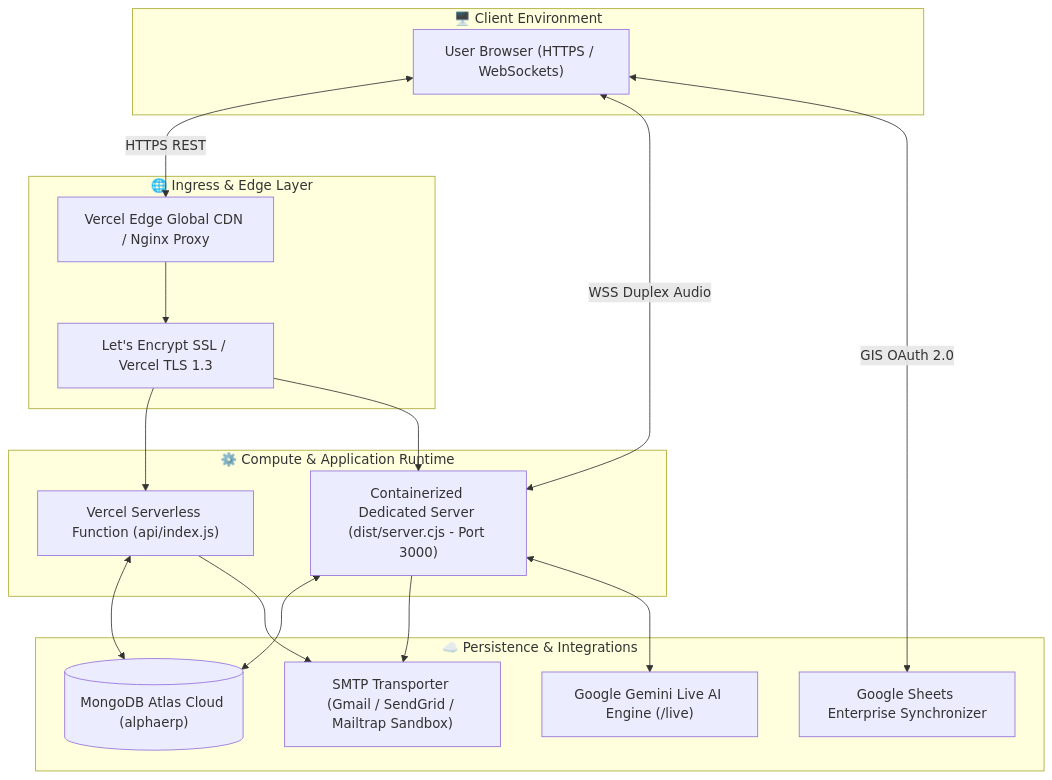
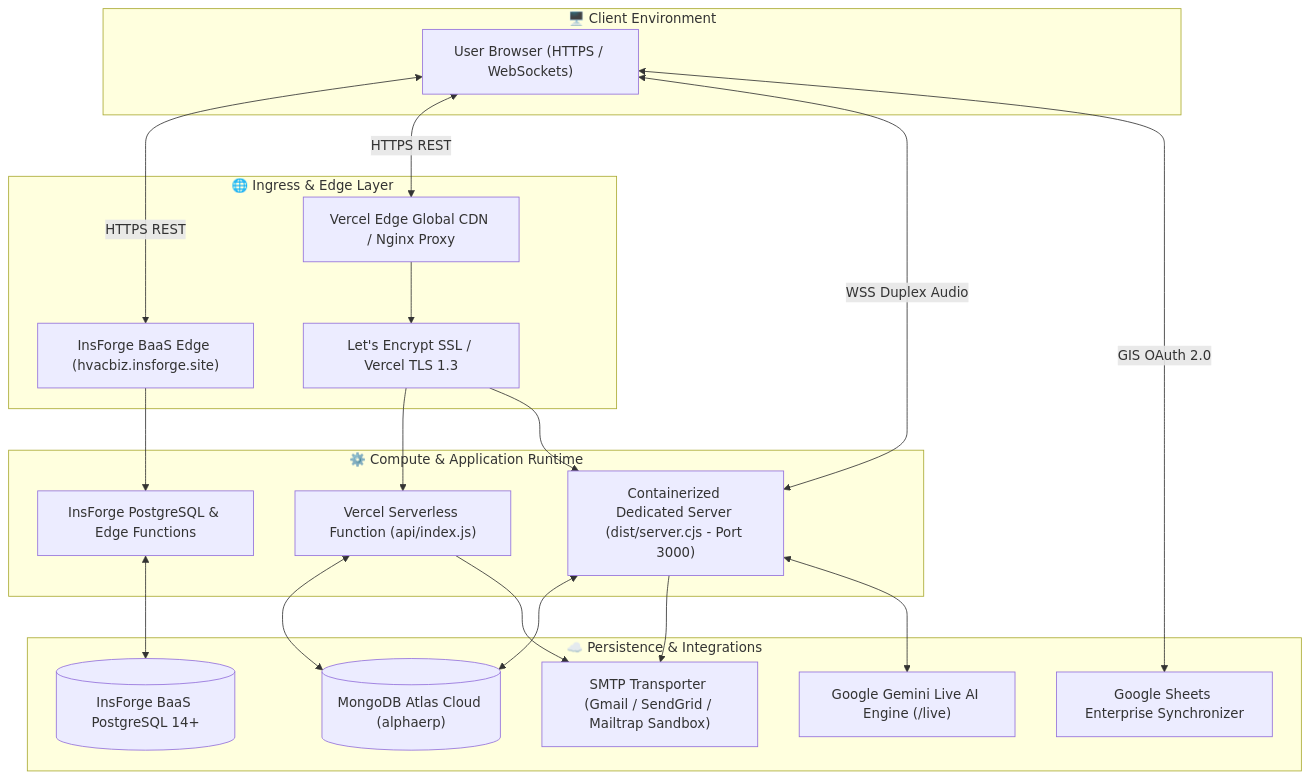
One commit to shivenkg/AlphaERP-V1 changed the first of 2 diagrams in IMPLEMENTATION_GUIDE.md. Above: the diagram before and after it, drawn with Mermaid. The commit also changed other lines of this file and 23 other files, not shown here.

````diff
--- a/IMPLEMENTATION_GUIDE.md
+++ b/IMPLEMENTATION_GUIDE.md
@@ -12,35 +14,41 @@
 ```mermaid
 flowchart TD
     subgraph ClientEnv["🖥️ Client Environment"]
         Browser["User Browser (HTTPS / WebSockets)"]
     end
 
     subgraph IngressGateway["🌐 Ingress & Edge Layer"]
+        InsForgeEdge["InsForge BaaS Edge (hvacbiz.insforge.site)"]
         CDN["Vercel Edge Global CDN / Nginx Proxy"]
         SSL["Let's Encrypt SSL / Vercel TLS 1.3"]
         CDN --> SSL
     end
 
     subgraph ComputeLayer["⚙️ Compute & Application Runtime"]
+        InsForgeBaaS["InsForge PostgreSQL & Edge Functions"]
         Serverless["Vercel Serverless Function (api/index.js)"]
         Container["Containerized Dedicated Server (dist/server.cjs - Port 3000)"]
     end
 
     subgraph PersistenceCloud["☁️ Persistence & Integrations"]
+        InsForgeDB[("InsForge BaaS PostgreSQL 14+")]
         MongoDB[("MongoDB Atlas Cloud (alphaerp)")]
         GoogleSheets["Google Sheets Enterprise Synchronizer"]
         SMTP["SMTP Transporter (Gmail / SendGrid / Mailtrap Sandbox)"]
         GeminiLive["Google Gemini Live AI Engine (/live)"]
     end
 
+    Browser <-->|HTTPS REST| InsForgeEdge
     Browser <-->|HTTPS REST| CDN
     Browser <-->|WSS Duplex Audio| Container
+    InsForgeEdge --> InsForgeBaaS
     SSL --> Serverless
     SSL --> Container
+    InsForgeBaaS <--> InsForgeDB
     Serverless <--> MongoDB
     Serverless --> SMTP
     Container <--> MongoDB
     Container --> SMTP
     Container <--> GeminiLive
     Browser <-->|GIS OAuth 2.0| GoogleSheets
 ```
````
